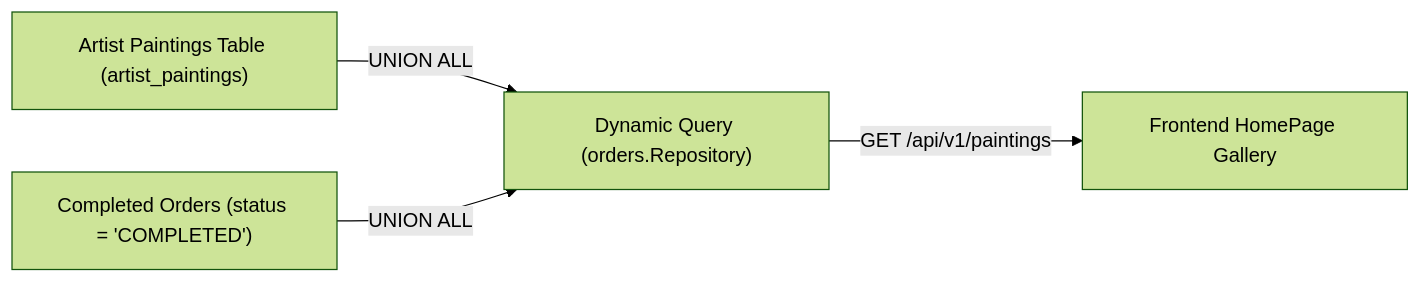
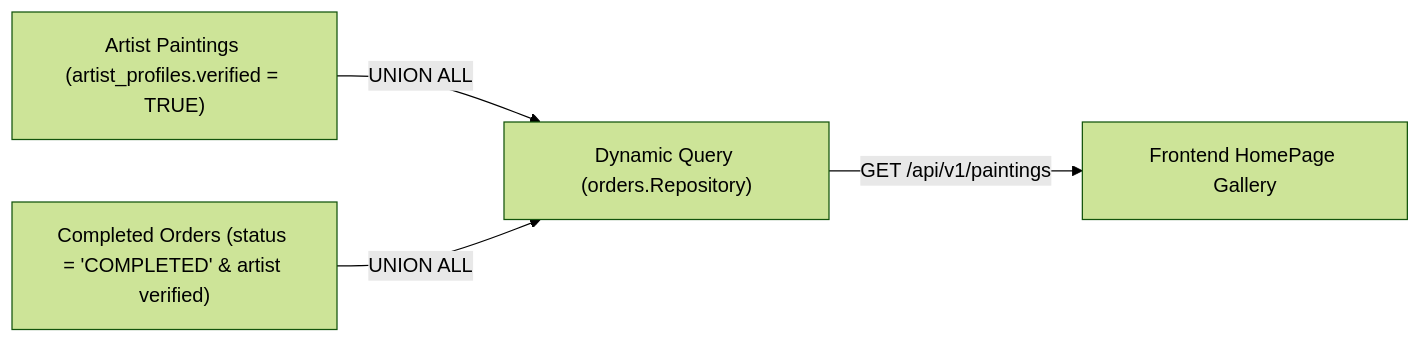
Before and after one commit to GaneshTerkar/artify-platform: the second of 5 diagrams in docs/FUNCTIONALITY_GUIDE.md, drawn with Mermaid (forest theme). The commit also changed other lines of this file and 1 other file, not shown here.

Commit message:
feat(gallery): restrict public gallery paintings to verified artists only

````diff
--- a/docs/FUNCTIONALITY_GUIDE.md
+++ b/docs/FUNCTIONALITY_GUIDE.md
@@ -114,6 +114,6 @@
 ```mermaid
 flowchart LR
-    A["Artist Paintings Table (artist_paintings)"] -->|UNION ALL| C["Dynamic Query (orders.Repository)"]
-    B["Completed Orders (status = 'COMPLETED')"] -->|UNION ALL| C
+    A["Artist Paintings (artist_profiles.verified = TRUE)"] -->|UNION ALL| C["Dynamic Query (orders.Repository)"]
+    B["Completed Orders (status = 'COMPLETED' & artist verified)"] -->|UNION ALL| C
     C -->|GET /api/v1/paintings| D["Frontend HomePage Gallery"]
 ```
````
